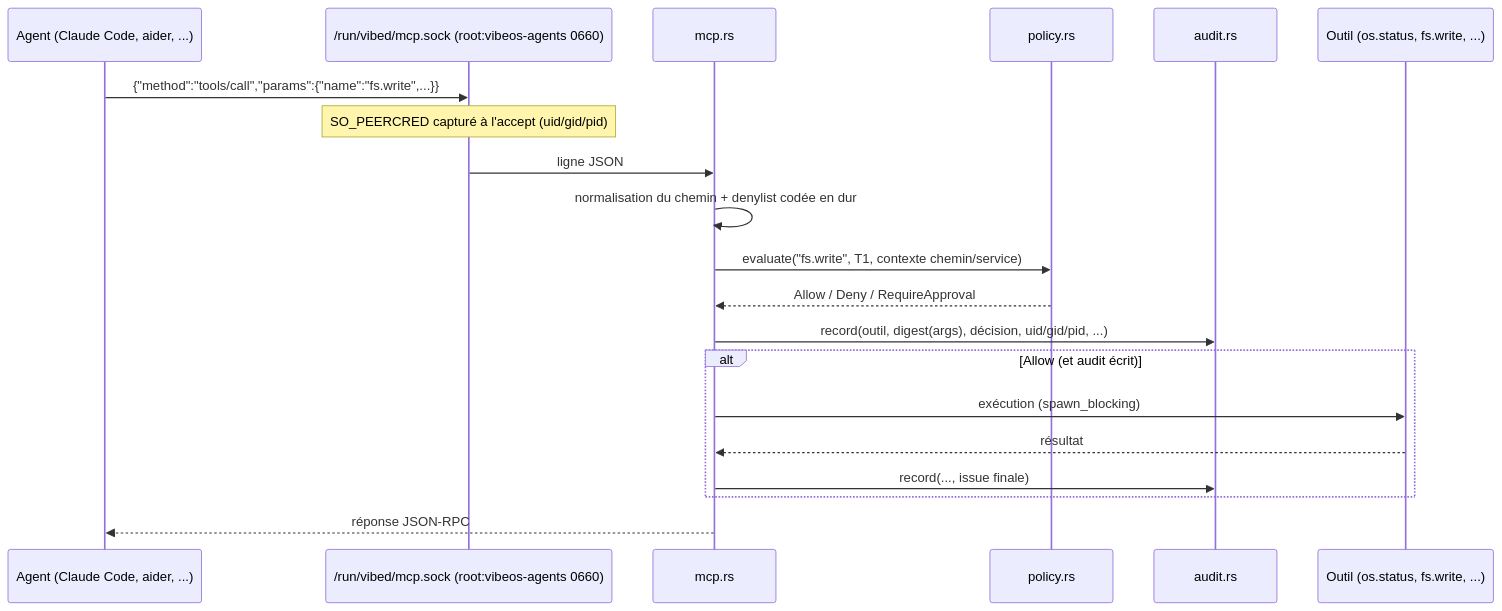
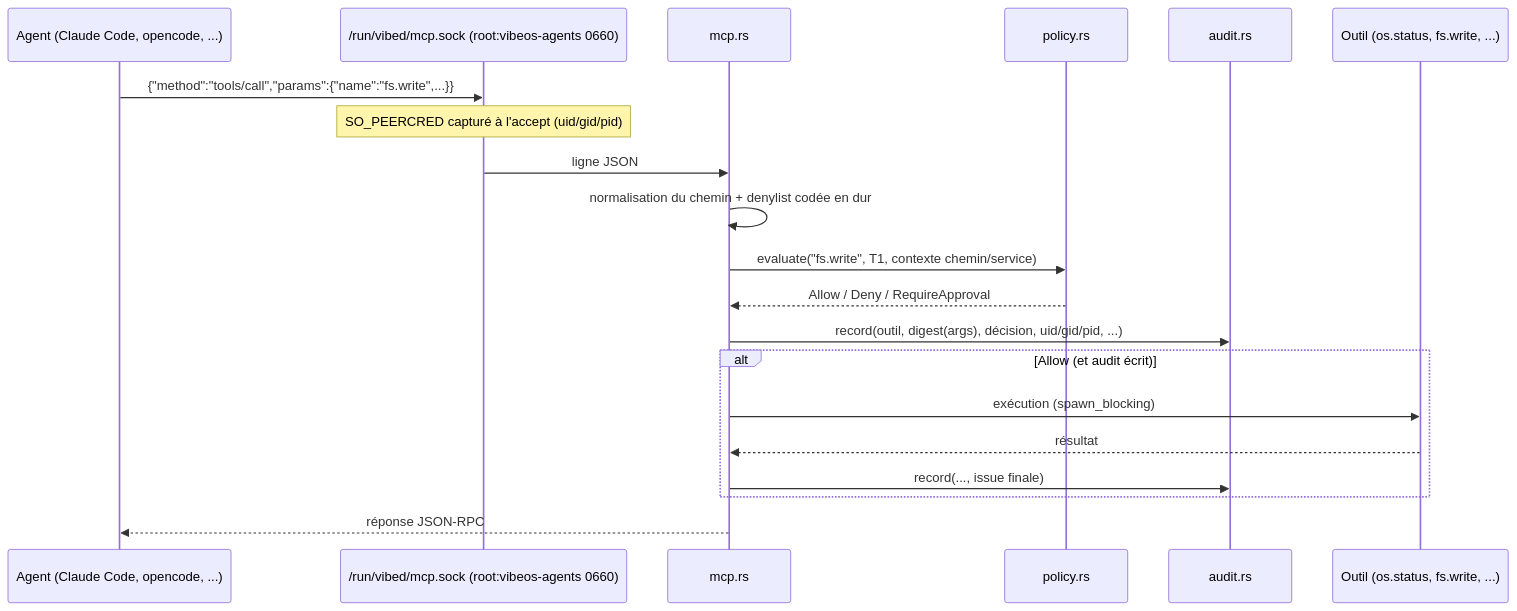
Before and after one commit to Micka420-collab/vibeos: the diagram in vibed/README.md, drawn with Mermaid. The commit also changed other lines of this file and 36 other files, not shown here.

````diff
--- a/vibed/README.md
+++ b/vibed/README.md
@@ -30,23 +30,23 @@
 ```mermaid
 sequenceDiagram
-    participant A as Agent (Claude Code, aider, ...)
+    participant A as Agent (Claude Code, opencode, ...)
     participant S as /run/vibed/mcp.sock (root:vibeos-agents 0660)
     participant M as mcp.rs
     participant P as policy.rs
     participant L as audit.rs
     participant T as Outil (os.status, fs.write, ...)
 
     A->>S: {"method":"tools/call","params":{"name":"fs.write",...}}
     Note over S: SO_PEERCRED capturé à l'accept (uid/gid/pid)
     S->>M: ligne JSON
     M->>M: normalisation du chemin + denylist codée en dur
     M->>P: evaluate("fs.write", T1, contexte chemin/service)
     P-->>M: Allow / Deny / RequireApproval
     M->>L: record(outil, digest(args), décision, uid/gid/pid, ...)
     alt Allow (et audit écrit)
         M->>T: exécution (spawn_blocking)
         T-->>M: résultat
         M->>L: record(..., issue finale)
     end
     M-->>A: réponse JSON-RPC
 ```
````
